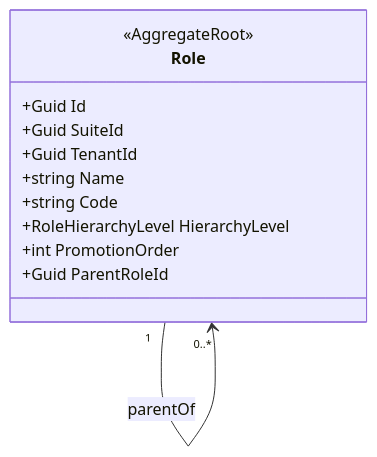
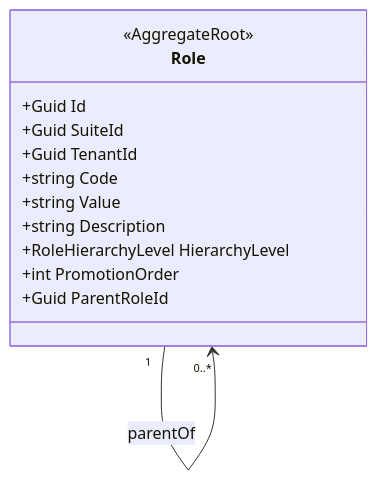
One commit to beyondnetcode/ums changed the third of 9 diagrams in docs/governance/construction/ddd-design/04-authorization-context.md. Above: the diagram before and after it, drawn with Mermaid. The commit also changed other lines of this file and 91 other files, not shown here.

````diff
--- a/docs/governance/construction/ddd-design/04-authorization-context.md
+++ b/docs/governance/construction/ddd-design/04-authorization-context.md
@@ -182,16 +185,17 @@
 ```mermaid
 classDiagram
     direction TB
     class Role {
         <<AggregateRoot>>
         +Guid Id
         +Guid SuiteId
         +Guid TenantId
-        +string Name
         +string Code
+        +string Value
+        +string Description
         +RoleHierarchyLevel HierarchyLevel
         +int PromotionOrder
         +Guid ParentRoleId
     }
     Role "1" --> "0..*" Role : parentOf
 ```
````
